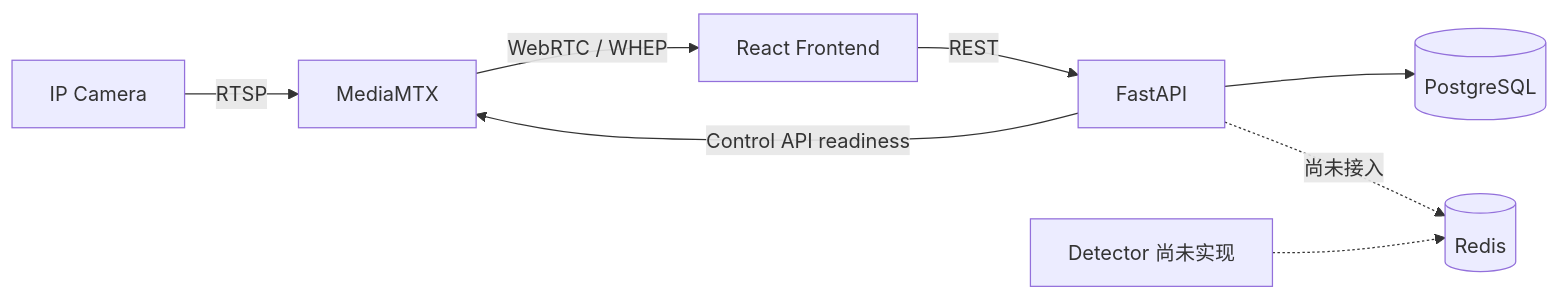
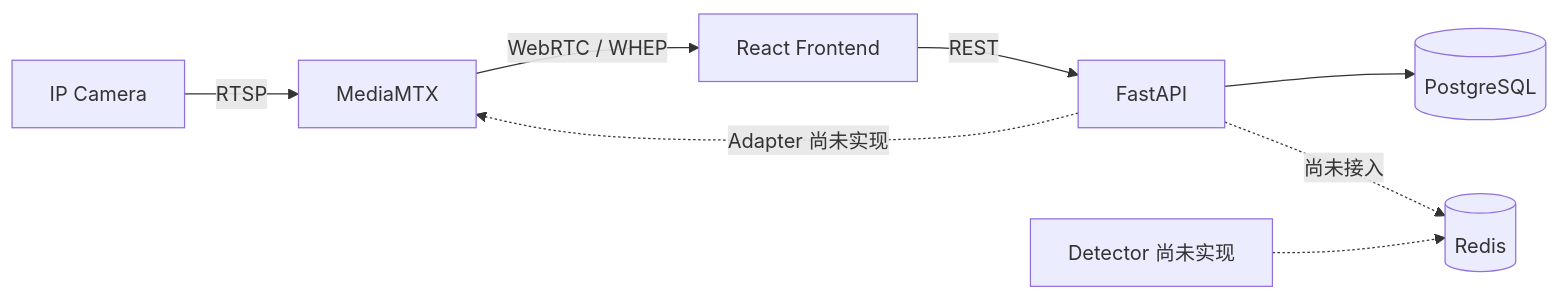
Before and after one commit to fuweihang/sop-vision: the diagram in README.md, drawn with Mermaid. The commit also changed other lines of this file and 22 other files, not shown here.

````diff
--- a/README.md
+++ b/README.md
@@ -23,10 +24,10 @@
 ```mermaid
 flowchart LR
     CAM[IP Camera] -->|RTSP| MTX[MediaMTX]
     MTX -->|WebRTC / WHEP| FE[React Frontend]
     FE -->|REST| API[FastAPI]
     API --> PG[(PostgreSQL)]
-    API -->|Control API readiness| MTX
+    API -. "Adapter 尚未实现" .-> MTX
     API -. "尚未接入" .-> REDIS[(Redis)]
     DET[Detector 尚未实现] -.-> REDIS
 ```
````
